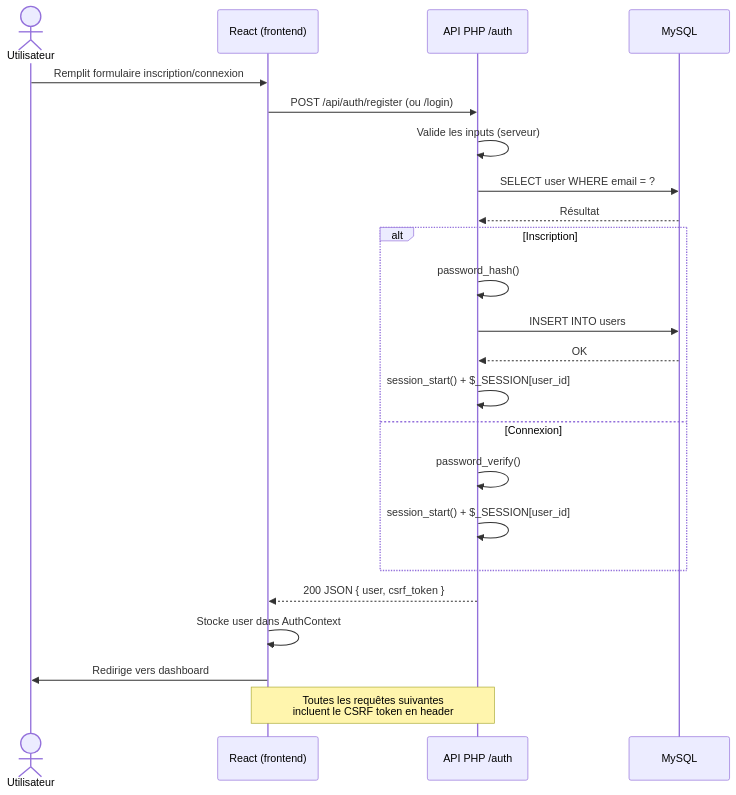
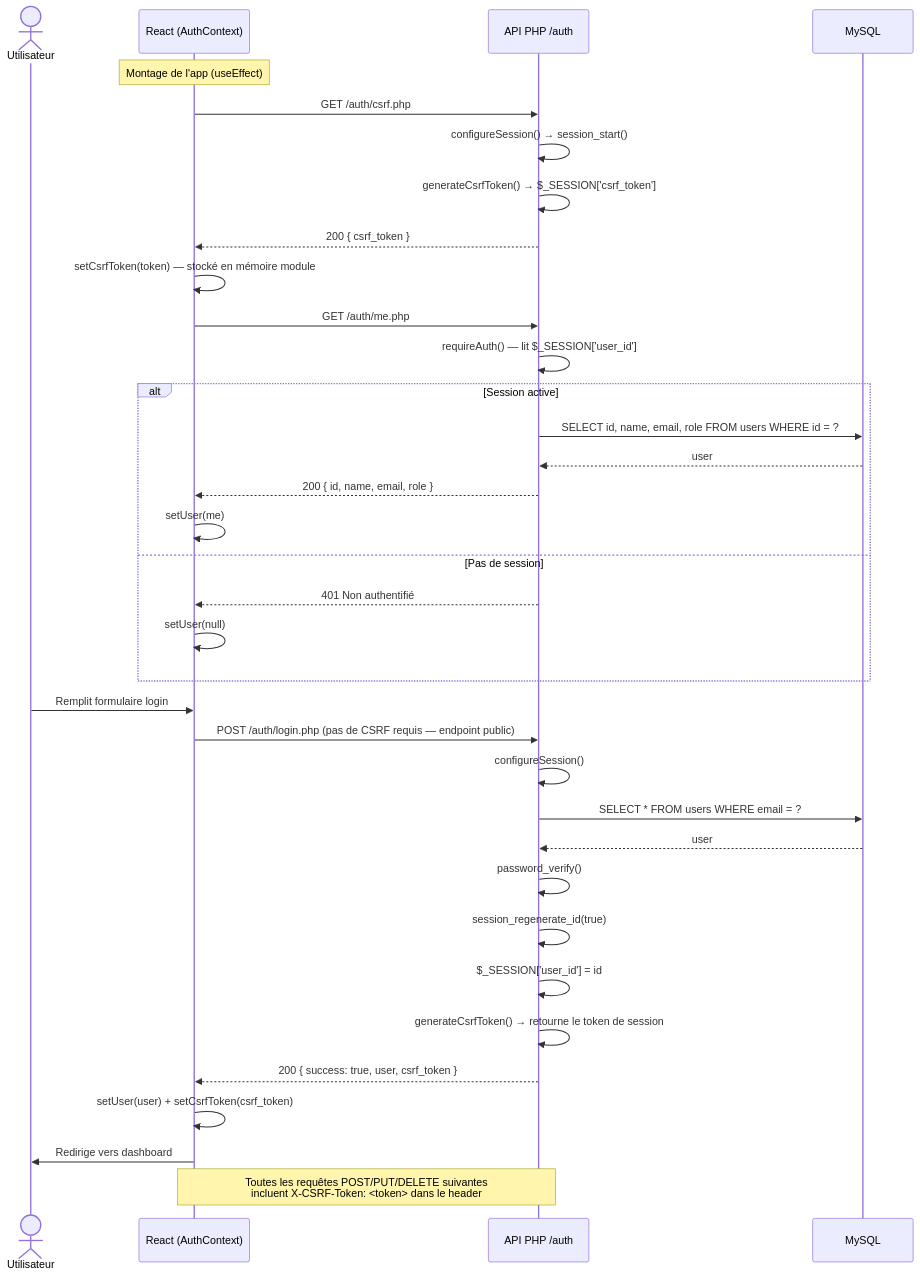
Before and after one commit to zendarc147/Mercato-Nova: the second of 5 diagrams in docs/architecture.md, drawn with Mermaid. The commit also changed other lines of this file and 3 other files, not shown here.

````diff
--- a/docs/architecture.md
+++ b/docs/architecture.md
@@ -86,29 +83,42 @@
 ```mermaid
 sequenceDiagram
     actor U as Utilisateur
-    participant F as React (frontend)
+    participant F as React (AuthContext)
     participant A as API PHP /auth
     participant DB as MySQL
 
-    U->>F: Remplit formulaire inscription/connexion
-    F->>A: POST /api/auth/register (ou /login)
-    A->>A: Valide les inputs (serveur)
-    A->>DB: SELECT user WHERE email = ?
-    DB-->>A: Résultat
+    Note over F: Montage de l'app (useEffect)
 
-    alt Inscription
-        A->>A: password_hash()
-        A->>DB: INSERT INTO users
-        DB-->>A: OK
-        A->>A: session_start() + $_SESSION[user_id]
-    else Connexion
-        A->>A: password_verify()
-        A->>A: session_start() + $_SESSION[user_id]
+    F->>A: GET /auth/csrf.php
+    A->>A: configureSession() → session_start()
+    A->>A: generateCsrfToken() → $_SESSION['csrf_token']
+    A-->>F: 200 { csrf_token }
+    F->>F: setCsrfToken(token) — stocké en mémoire module
+
+    F->>A: GET /auth/me.php
+    A->>A: requireAuth() — lit $_SESSION['user_id']
+    alt Session active
+        A->>DB: SELECT id, name, email, role FROM users WHERE id = ?
+        DB-->>A: user
+        A-->>F: 200 { id, name, email, role }
+        F->>F: setUser(me)
+    else Pas de session
+        A-->>F: 401 Non authentifié
+        F->>F: setUser(null)
     end
 
-    A-->>F: 200 JSON { user, csrf_token }
-    F->>F: Stocke user dans AuthContext
+    U->>F: Remplit formulaire login
+    F->>A: POST /auth/login.php (pas de CSRF requis — endpoint public)
+    A->>A: configureSession()
+    A->>DB: SELECT * FROM users WHERE email = ?
+    DB-->>A: user
+    A->>A: password_verify()
+    A->>A: session_regenerate_id(true)
+    A->>A: $_SESSION['user_id'] = id
+    A->>A: generateCsrfToken() → retourne le token de session
+    A-->>F: 200 { success: true, user, csrf_token }
+    F->>F: setUser(user) + setCsrfToken(csrf_token)
     F->>U: Redirige vers dashboard
 
-    Note over F,A: Toutes les requêtes suivantes<br/>incluent le CSRF token en header
+    Note over F,A: Toutes les requêtes POST/PUT/DELETE suivantes<br/>incluent X-CSRF-Token: <token> dans le header
 ```
````
